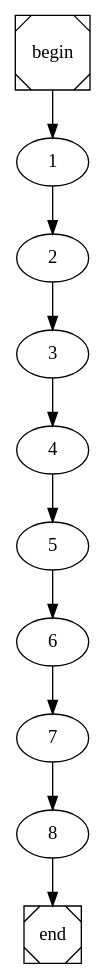
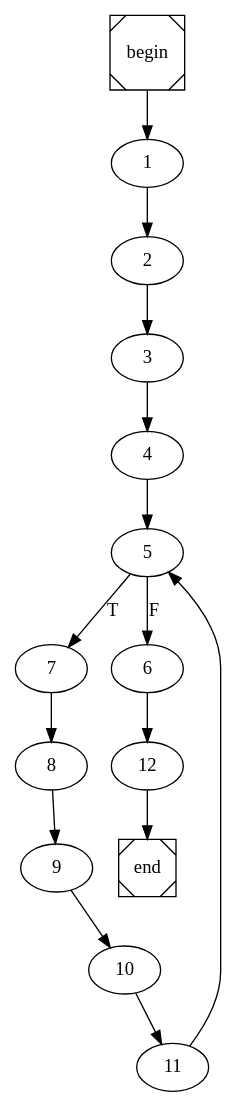
One commit to TiagooGomess/COMP2021-1B changed the diagram in main.dot. Above: the diagram before and after it, drawn with Graphviz. The commit also changed 8 other files, not shown here.

```diff
--- a/main.dot
+++ b/main.dot
@@ -1,4 +1,4 @@
 digraph cfg {
 	begin [shape=Msquare];
 	end [shape=Msquare];
-	begin -> 1;	1 -> 2;	2 -> 3;	3 -> 4;	4 -> 5;	5 -> 6;	6 -> 7;	7 -> 8;	8 -> end;}
+	begin -> 1;	1 -> 2;	2 -> 3;	3 -> 4;	4 -> 5;	5 -> 7[label=T];	5 -> 6[label=F];	6 -> 12;	7 -> 8;	8 -> 9;	9 -> 10;	10 -> 11;	11 -> 5;	12 -> end;}
```
